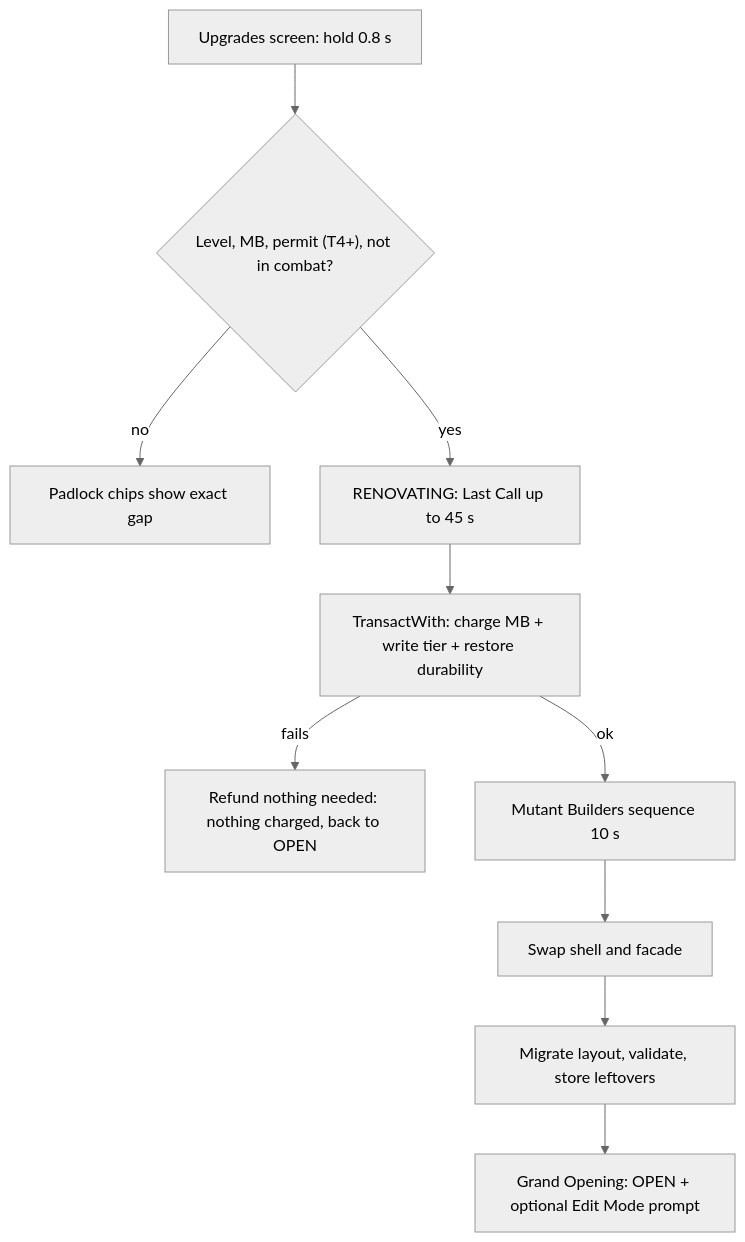
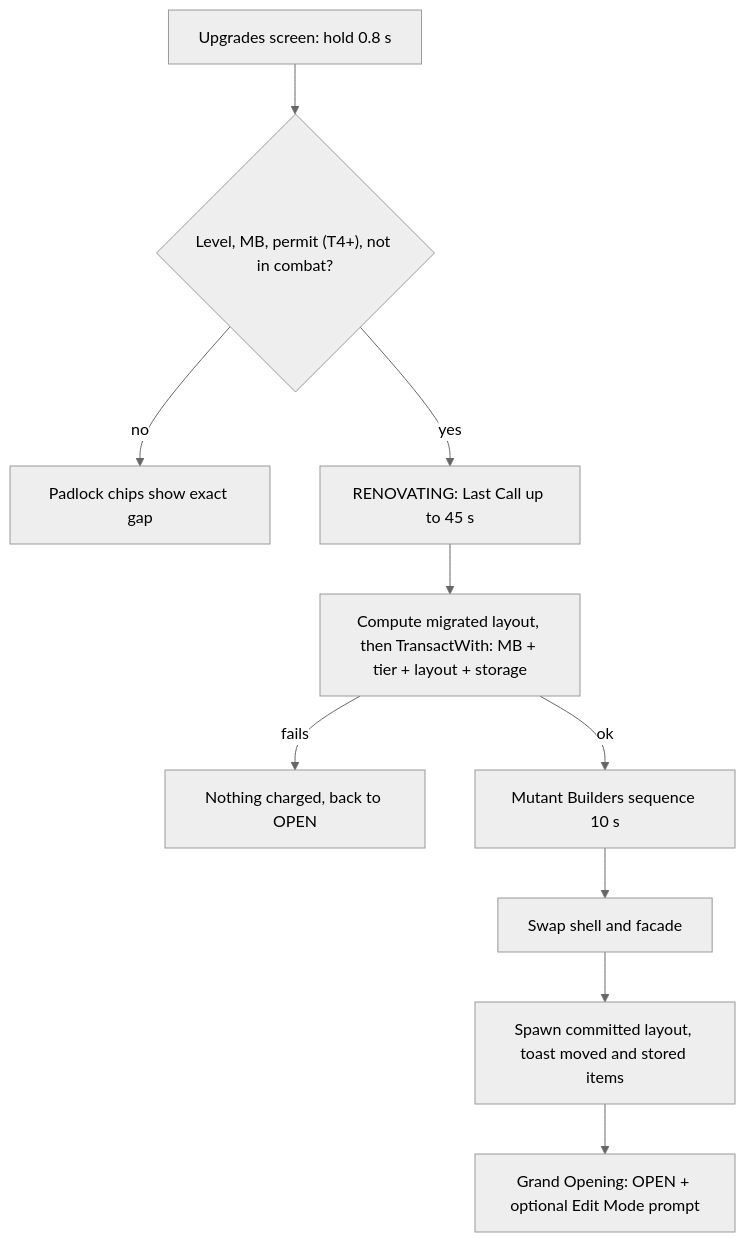
The first of 3 diagrams in gdd/sections/15_restaurant_building.md (sol-singula/ra1), drawn with Mermaid (neutral theme) before and after one commit. The commit also changed other lines of this file and 17 other files, not shown here.

First line of the commit message:
WIP: production (§34–§35, §37–§40) and architecture (§27) complete; canon clarifications

````diff
--- a/gdd/sections/15_restaurant_building.md
+++ b/gdd/sections/15_restaurant_building.md
@@ -138,13 +141,13 @@
 ```mermaid
 %% diagram: tier-upgrade-flow
 flowchart TD
     A["Upgrades screen: hold 0.8 s"] --> B{"Level, MB, permit (T4+), not in combat?"}
     B -- "no" --> X["Padlock chips show exact gap"]
     B -- "yes" --> C["RENOVATING: Last Call up to 45 s"]
-    C --> D["TransactWith: charge MB + write tier + restore durability"]
-    D -- "fails" --> R["Refund nothing needed: nothing charged, back to OPEN"]
+    C --> D["Compute migrated layout, then TransactWith: MB + tier + layout + storage"]
+    D -- "fails" --> R["Nothing charged, back to OPEN"]
     D -- "ok" --> E["Mutant Builders sequence 10 s"]
     E --> F["Swap shell and facade"]
-    F --> G["Migrate layout, validate, store leftovers"]
+    F --> G["Spawn committed layout, toast moved and stored items"]
     G --> H["Grand Opening: OPEN + optional Edit Mode prompt"]
 ```
````
